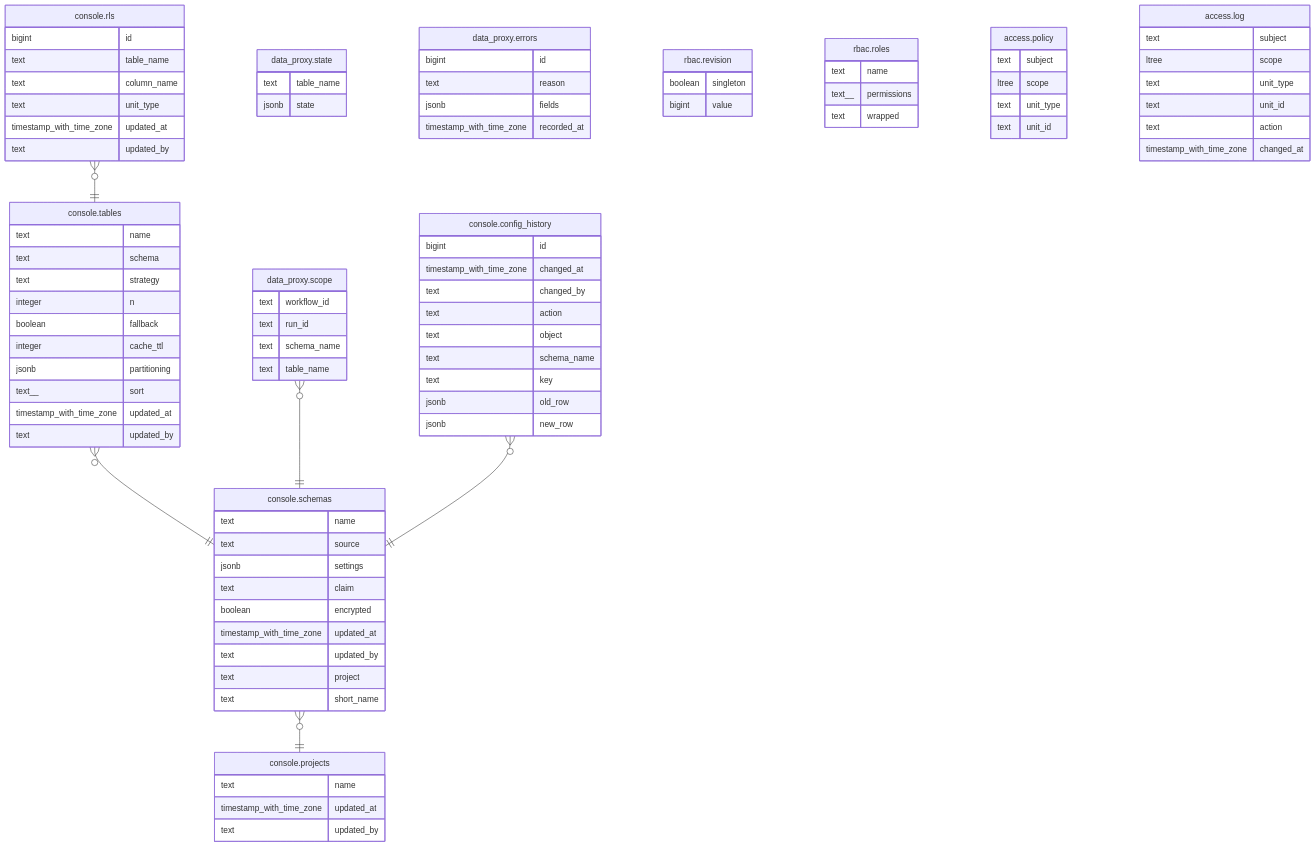
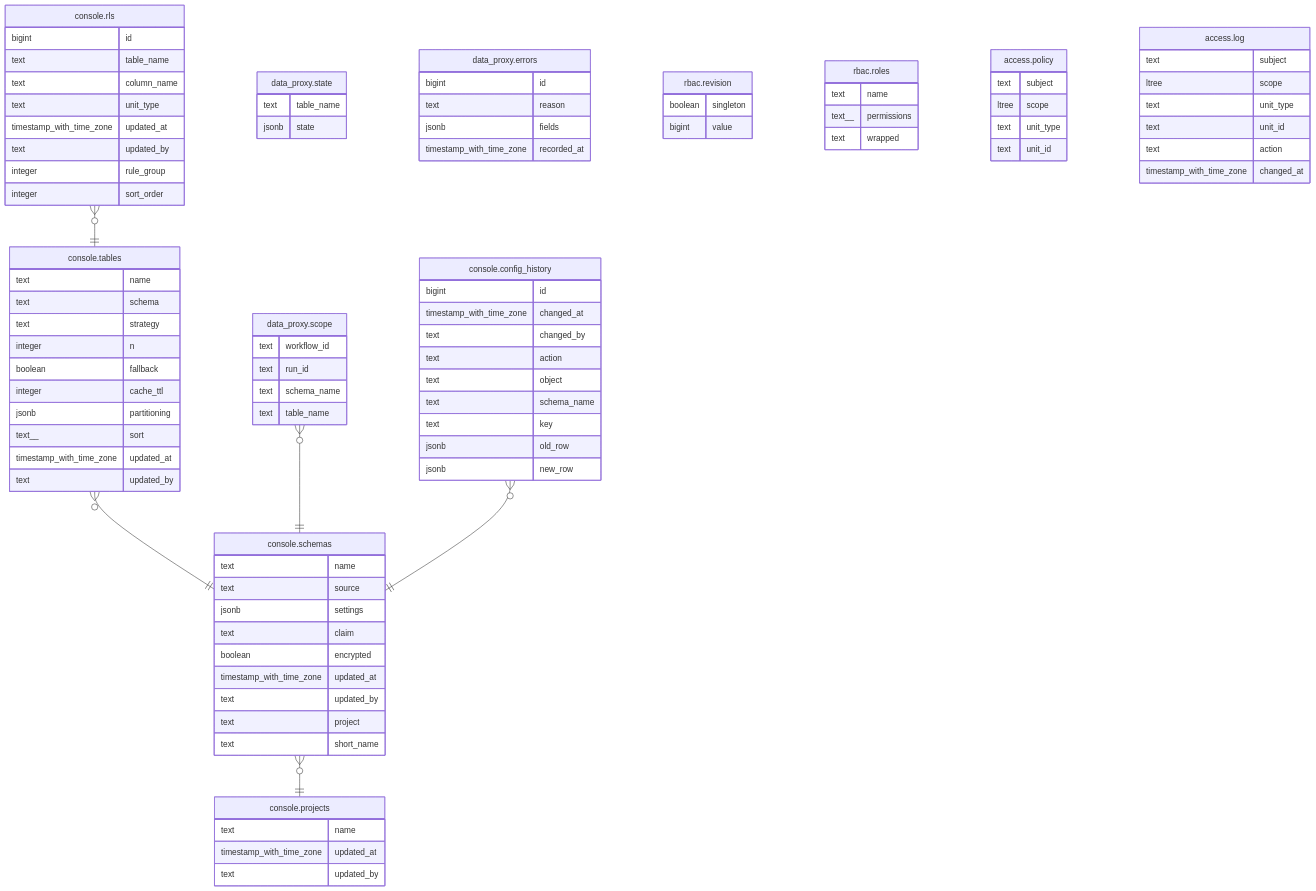
The diagram in docs/diagrams/application.mmd (prefeitura-rio/data-proxy), drawn with Mermaid before and after one commit. The commit also changed 285 other files, not shown here.

```diff
--- a/docs/diagrams/application.mmd
+++ b/docs/diagrams/application.mmd
@@ -1,94 +1,97 @@
+%% Application database tables
 erDiagram
 
 "console.schemas" }o--|| "console.projects" : ""
 "console.tables" }o--|| "console.schemas" : ""
 "console.rls" }o--|| "console.tables" : ""
 "data_proxy.scope" }o--|| "console.schemas" : ""
 "console.config_history" }o--|| "console.schemas" : ""
 
 "data_proxy.state" {
   text table_name
   jsonb state
 }
 "data_proxy.errors" {
   bigint id
   text reason
   jsonb fields
   timestamp_with_time_zone recorded_at
 }
 "data_proxy.scope" {
   text workflow_id
   text run_id
   text schema_name
   text table_name
 }
 "rbac.revision" {
   boolean singleton
   bigint value
 }
 "rbac.roles" {
   text name
   text__ permissions
   text wrapped
 }
 "console.schemas" {
   text name
   text source
   jsonb settings
   text claim
   boolean encrypted
   timestamp_with_time_zone updated_at
   text updated_by
   text project
   text short_name
 }
 "console.tables" {
   text name
   text schema
   text strategy
   integer n
   boolean fallback
   integer cache_ttl
   jsonb partitioning
   text__ sort
   timestamp_with_time_zone updated_at
   text updated_by
 }
 "console.rls" {
   bigint id
   text table_name
   text column_name
   text unit_type
   timestamp_with_time_zone updated_at
   text updated_by
+  integer rule_group
+  integer sort_order
 }
 "console.config_history" {
   bigint id
   timestamp_with_time_zone changed_at
   text changed_by
   text action
   text object
   text schema_name
   text key
   jsonb old_row
   jsonb new_row
 }
 "console.projects" {
   text name
   timestamp_with_time_zone updated_at
   text updated_by
 }
 "access.policy" {
   text subject
   ltree scope
   text unit_type
   text unit_id
 }
 "access.log" {
   text subject
   ltree scope
   text unit_type
   text unit_id
   text action
   timestamp_with_time_zone changed_at
 }
```
